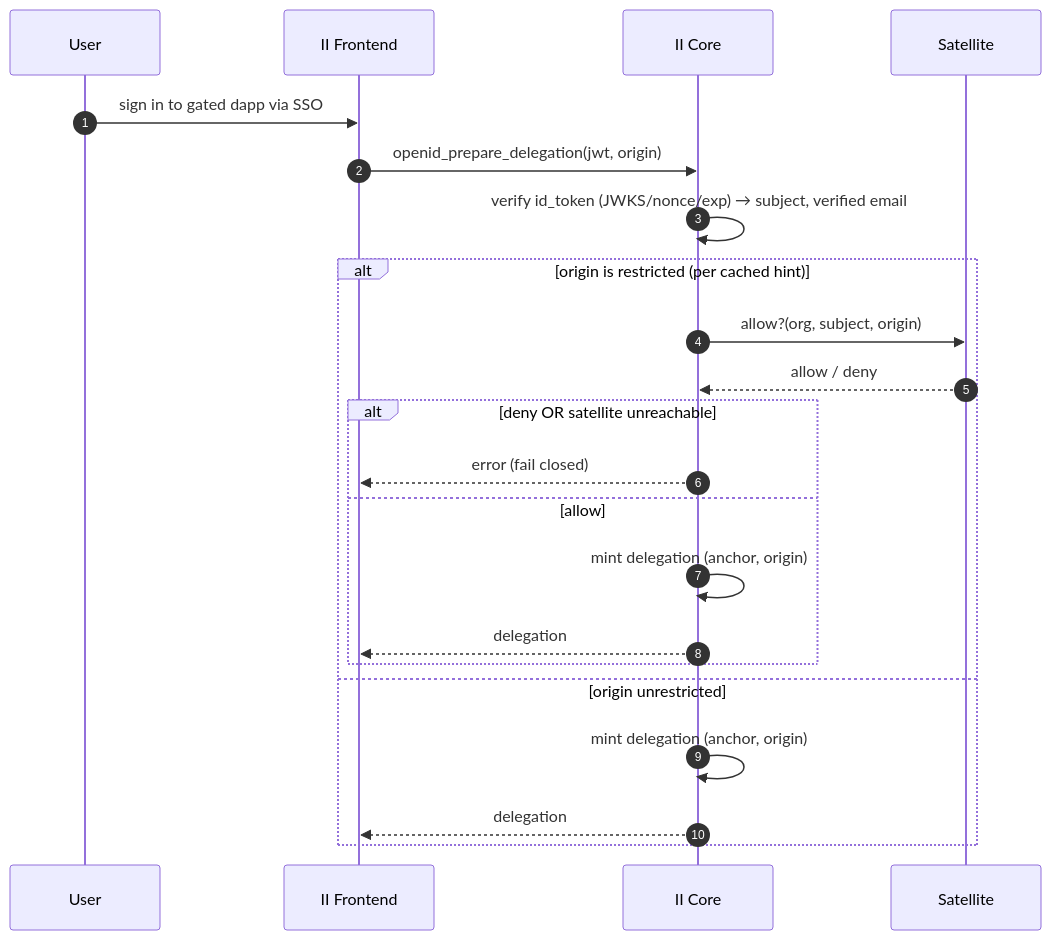
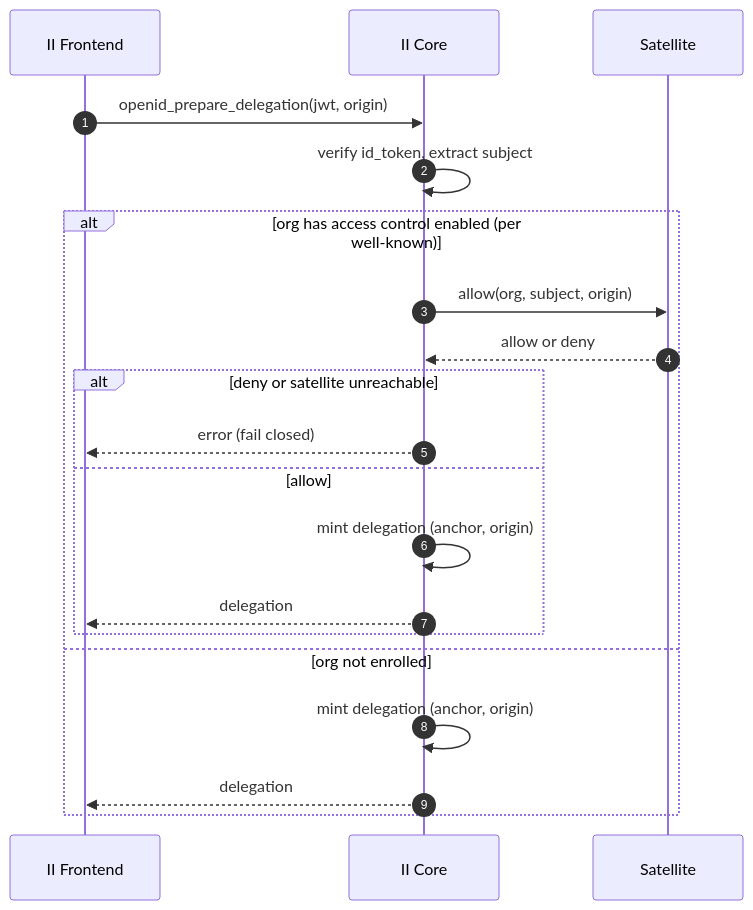
Before and after one commit to dfinity/internet-identity: the fourth of 5 diagrams in docs/ongoing/enterprise-sso-per-app-access-control.md, drawn with Mermaid. The commit also changed other lines of this file, not shown here.

First line of the commit message:
docs: focus the SSO RFC on one implementation; fix mermaid

````diff
--- a/docs/ongoing/enterprise-sso-per-app-access-control.md
+++ b/docs/ongoing/enterprise-sso-per-app-access-control.md
@@ -389,25 +303,22 @@
 ```mermaid
 sequenceDiagram
     autonumber
-    participant U as User
     participant FE as II Frontend
     participant II as II Core
     participant Sat as Satellite
-
-    U->>FE: sign in to gated dapp via SSO
     FE->>II: openid_prepare_delegation(jwt, origin)
-    II->>II: verify id_token (JWKS/nonce/exp) → subject, verified email
-    alt origin is restricted (per cached hint)
-        II->>Sat: allow?(org, subject, origin)
-        Sat-->>II: allow / deny
-        alt deny OR satellite unreachable
+    II->>II: verify id_token, extract subject
+    alt org has access control enabled (per well-known)
+        II->>Sat: allow(org, subject, origin)
+        Sat-->>II: allow or deny
+        alt deny or satellite unreachable
             II-->>FE: error (fail closed)
         else allow
             II->>II: mint delegation (anchor, origin)
             II-->>FE: delegation
         end
-    else origin unrestricted
+    else org not enrolled
         II->>II: mint delegation (anchor, origin)
         II-->>FE: delegation
     end
 ```
````
